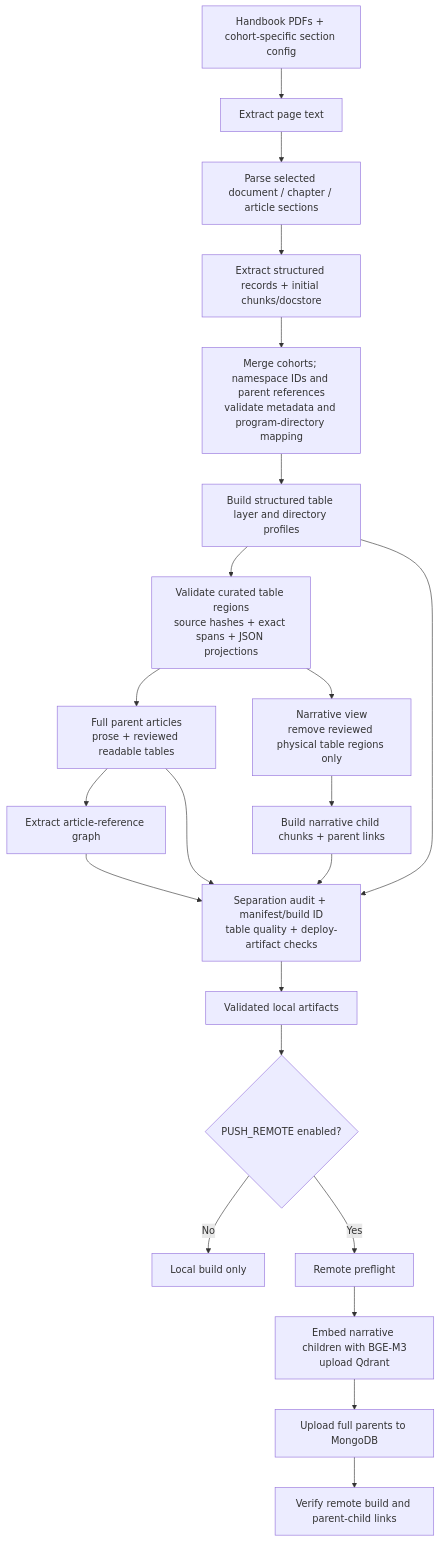
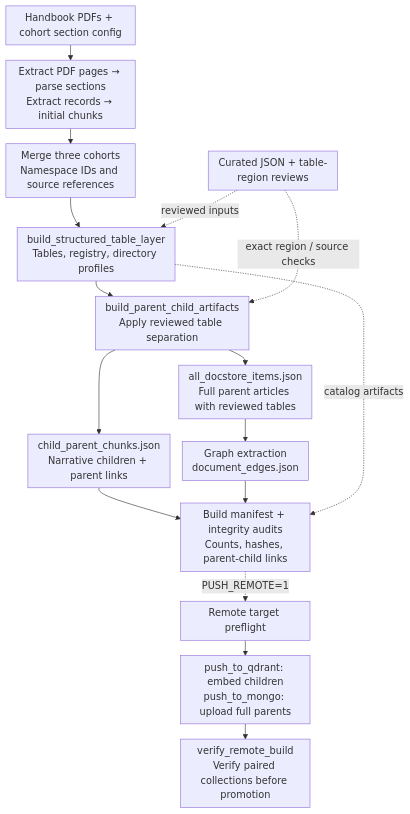
One commit to AnhPhiNe/student-handbook-rag-chatbot changed the fifth of 5 diagrams in README.md. Above: the diagram before and after it, drawn with Mermaid. The commit also changed other lines of this file, not shown here.

Commit message:
docs: reorganize README architecture evaluation and demo links

````diff
--- a/README.md
+++ b/README.md
@@ -204,24 +440,19 @@
-```mermaid
+~~~mermaid
+%%{init: {"flowchart": {"wrappingWidth": 180, "nodeSpacing": 20, "rankSpacing": 25, "padding": 8}}}%%
 flowchart TD
-    PDF["Handbook PDFs + cohort-specific section config"] --> Pages["Extract page text"]
-    Pages --> Sections["Parse selected document / chapter / article sections"]
-    Sections --> Extract["Extract structured records + initial chunks/docstore"]
-    Extract --> Merge["Merge cohorts; namespace IDs and parent references<br/>validate metadata and program-directory mapping"]
-    Merge --> Catalog["Build structured table layer and directory profiles"]
-    Catalog --> Review["Validate curated table regions<br/>source hashes + exact spans + JSON projections"]
-    Review --> Full["Full parent articles<br/>prose + reviewed readable tables"]
-    Review --> Narrative["Narrative view<br/>remove reviewed physical table regions only"]
-    Narrative --> Child["Build narrative child chunks + parent links"]
-    Full --> Graph["Extract article-reference graph"]
-    Full --> Audit["Separation audit + manifest/build ID<br/>table quality + deploy-artifact checks"]
-    Child --> Audit
-    Catalog --> Audit
+    Sources["Handbook PDFs + cohort section config"] --> Parse["Extract PDF pages → parse sections<br/>Extract records → initial chunks"]
+    Parse --> Merge["Merge three cohorts<br/>Namespace IDs and source references"]
+    Merge --> Structured["build_structured_table_layer<br/>Tables, registry, directory profiles"]
+    Reviews["Curated JSON + table-region reviews"] -. reviewed inputs .-> Structured
+    Structured --> Split["build_parent_child_artifacts<br/>Apply reviewed table separation"]
+    Reviews -. exact region / source checks .-> Split
+    Split --> Parents["all_docstore_items.json<br/>Full parent articles with reviewed tables"]
+    Split --> Children["child_parent_chunks.json<br/>Narrative children + parent links"]
+    Parents --> Graph["Graph extraction<br/>document_edges.json"]
+    Children --> Audit["Build manifest + integrity audits<br/>Counts, hashes, parent-child links"]
     Graph --> Audit
-    Audit --> Ready["Validated local artifacts"]
-    Ready --> Publish{"PUSH_REMOTE enabled?"}
-    Publish -->|"No"| Local["Local build only"]
-    Publish -->|"Yes"| Preflight["Remote preflight"]
-    Preflight --> Vector["Embed narrative children with BGE-M3<br/>upload Qdrant"]
-    Vector --> ParentUpload["Upload full parents to MongoDB"]
-    ParentUpload --> Verify["Verify remote build and parent-child links"]
-```
+    Structured -. catalog artifacts .-> Audit
+    Audit -. PUSH_REMOTE=1 .-> Preflight["Remote target preflight"]
+    Preflight --> Upload["push_to_qdrant: embed children<br/>push_to_mongo: upload full parents"]
+    Upload --> Verify["verify_remote_build<br/>Verify paired collections before promotion"]
+~~~
````
